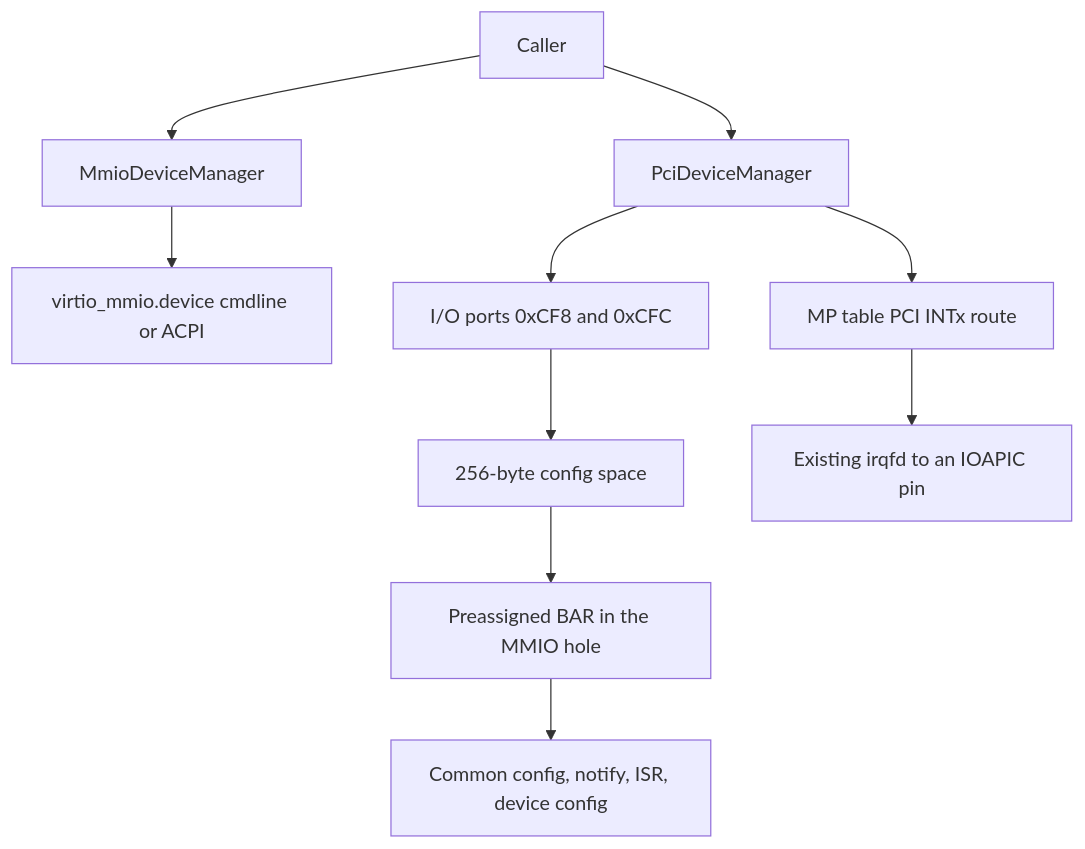
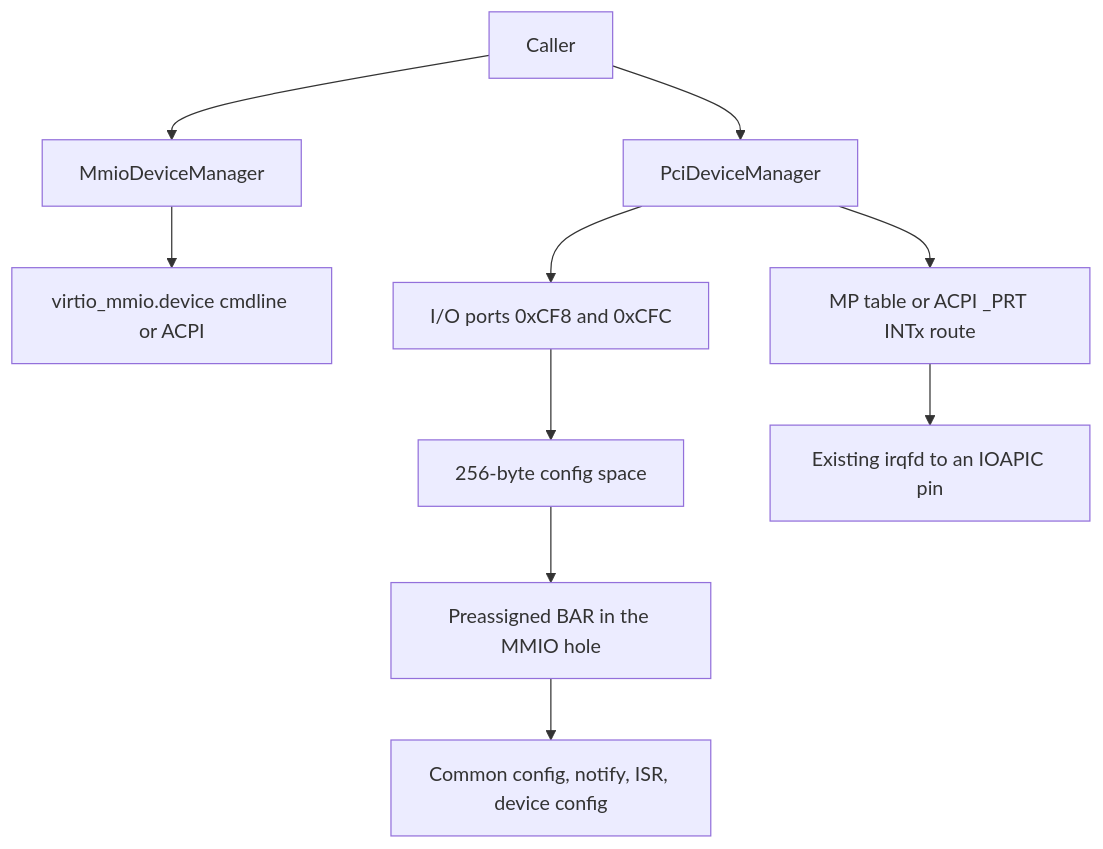
One commit to jakecorrenti/libkrun changed the diagram in docs/virtio-pci.md. Above: the diagram before and after it, drawn with Mermaid. The commit also changed other lines of this file and 7 other files, not shown here.

First line of the commit message:
x86_64: describe PCI INTx in ACPI so it can coexist with MP tables

````diff
--- a/docs/virtio-pci.md
+++ b/docs/virtio-pci.md
@@ -9,17 +9,17 @@
 ```mermaid
 flowchart TD
   caller[Caller]
   mmio[MmioDeviceManager]
   pci[PciDeviceManager]
   cmdline["virtio_mmio.device cmdline or ACPI"]
   conf1["I/O ports 0xCF8 and 0xCFC"]
   cfg["256-byte config space"]
   bar["Preassigned BAR in the MMIO hole"]
   virtio["Common config, notify, ISR, device config"]
-  mp["MP table PCI INTx route"]
+  mp["MP table or ACPI _PRT INTx route"]
   irqfd["Existing irqfd to an IOAPIC pin"]
 
   caller --> mmio --> cmdline
   caller --> pci --> conf1 --> cfg --> bar --> virtio
   pci --> mp --> irqfd
 ```
````
